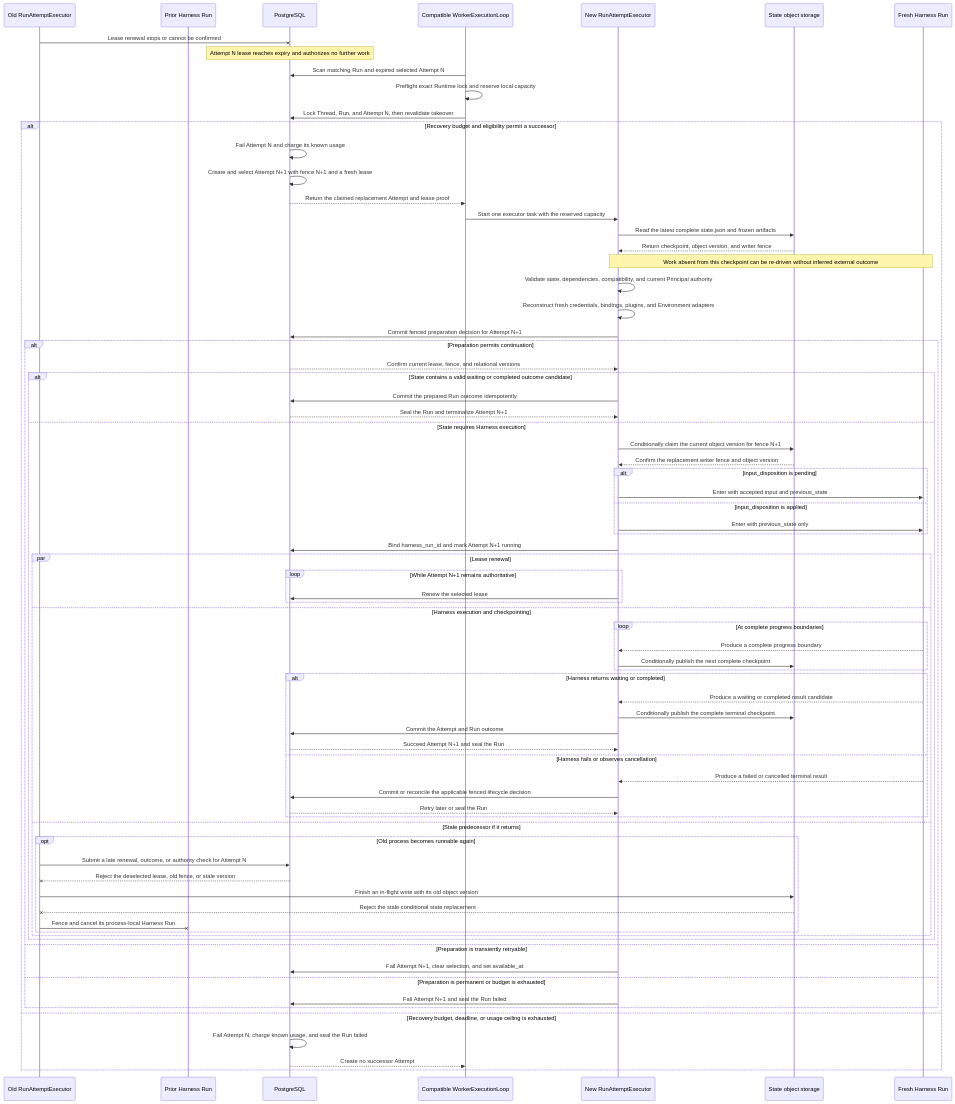
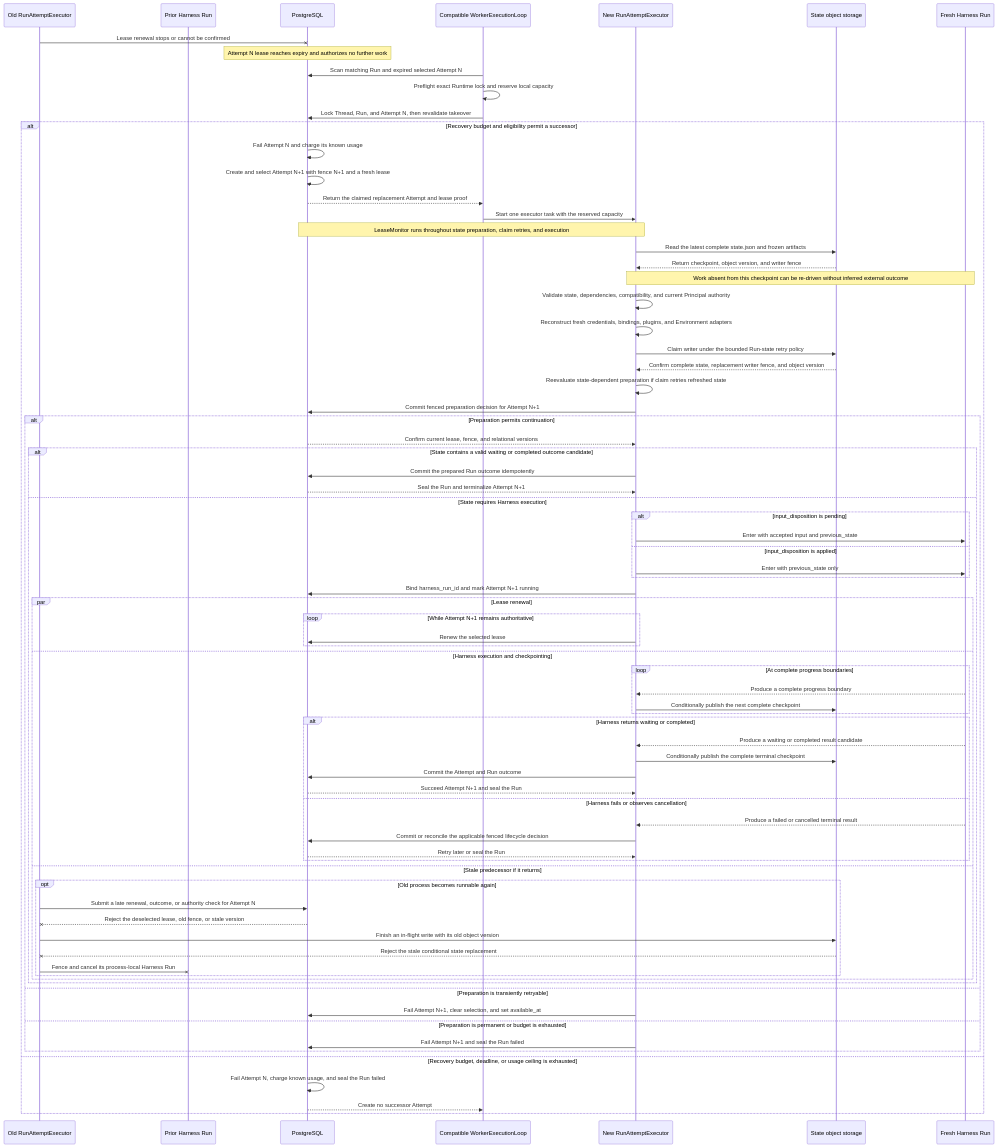
Before and after one commit to converge-ai-labs/agent-foundation: the third of 3 diagrams in spec/foundation-service/13-run-attempt-scheduling-and-recovery.md, drawn with Mermaid. The commit also changed other lines of this file and 9 other files, not shown here.

````diff
--- a/spec/foundation-service/13-run-attempt-scheduling-and-recovery.md
+++ b/spec/foundation-service/13-run-attempt-scheduling-and-recovery.md
@@ -278,79 +280,81 @@
 ```mermaid
 sequenceDiagram
     participant Old as Old RunAttemptExecutor
     participant OldHarness as Prior Harness Run
     participant DB as PostgreSQL
     participant Claimant as Compatible WorkerExecutionLoop
     participant New as New RunAttemptExecutor
     participant Objects as State object storage
     participant Harness as Fresh Harness Run
 
     Old-xDB: Lease renewal stops or cannot be confirmed
     Note over DB: Attempt N lease reaches expiry and authorizes no further work
     Claimant->>DB: Scan matching Run and expired selected Attempt N
     Claimant->>Claimant: Preflight exact Runtime lock and reserve local capacity
     Claimant->>DB: Lock Thread, Run, and Attempt N, then revalidate takeover
     alt Recovery budget and eligibility permit a successor
         DB->>DB: Fail Attempt N and charge its known usage
         DB->>DB: Create and select Attempt N+1 with fence N+1 and a fresh lease
         DB-->>Claimant: Return the claimed replacement Attempt and lease proof
         Claimant->>New: Start one executor task with the reserved capacity
+        Note over New,DB: LeaseMonitor runs throughout state preparation, claim retries, and execution
         New->>Objects: Read the latest complete state.json and frozen artifacts
         Objects-->>New: Return checkpoint, object version, and writer fence
         Note over New,Harness: Work absent from this checkpoint can be re-driven without inferred external outcome
         New->>New: Validate state, dependencies, compatibility, and current Principal authority
         New->>New: Reconstruct fresh credentials, bindings, plugins, and Environment adapters
+        New->>Objects: Claim writer under the bounded Run-state retry policy
+        Objects-->>New: Confirm complete state, replacement writer fence, and object version
+        New->>New: Reevaluate state-dependent preparation if claim retries refreshed state
         New->>DB: Commit fenced preparation decision for Attempt N+1
         alt Preparation permits continuation
             DB-->>New: Confirm current lease, fence, and relational versions
             alt State contains a valid waiting or completed outcome candidate
                 New->>DB: Commit the prepared Run outcome idempotently
                 DB-->>New: Seal the Run and terminalize Attempt N+1
             else State requires Harness execution
-                New->>Objects: Conditionally claim the current object version for fence N+1
-                Objects-->>New: Confirm the replacement writer fence and object version
                 alt input_disposition is pending
                     New->>Harness: Enter with accepted input and previous_state
                 else input_disposition is applied
                     New->>Harness: Enter with previous_state only
                 end
                 New->>DB: Bind harness_run_id and mark Attempt N+1 running
                 par Lease renewal
                     loop While Attempt N+1 remains authoritative
                         New->>DB: Renew the selected lease
                     end
                 and Harness execution and checkpointing
                     loop At complete progress boundaries
                         Harness-->>New: Produce a complete progress boundary
                         New->>Objects: Conditionally publish the next complete checkpoint
                     end
                     alt Harness returns waiting or completed
                         Harness-->>New: Produce a waiting or completed result candidate
                         New->>Objects: Conditionally publish the complete terminal checkpoint
                         New->>DB: Commit the Attempt and Run outcome
                         DB-->>New: Succeed Attempt N+1 and seal the Run
                     else Harness fails or observes cancellation
                         Harness-->>New: Produce a failed or cancelled terminal result
                         New->>DB: Commit or reconcile the applicable fenced lifecycle decision
                         DB-->>New: Retry later or seal the Run
                     end
                 and Stale predecessor if it returns
                     opt Old process becomes runnable again
                         Old->>DB: Submit a late renewal, outcome, or authority check for Attempt N
                         DB--xOld: Reject the deselected lease, old fence, or stale version
                         Old->>Objects: Finish an in-flight write with its old object version
                         Objects--xOld: Reject the stale conditional state replacement
                         Old-xOldHarness: Fence and cancel its process-local Harness Run
                     end
                 end
             end
         else Preparation is transiently retryable
             New->>DB: Fail Attempt N+1, clear selection, and set available_at
         else Preparation is permanent or budget is exhausted
             New->>DB: Fail Attempt N+1 and seal the Run failed
         end
     else Recovery budget, deadline, or usage ceiling is exhausted
         DB->>DB: Fail Attempt N, charge known usage, and seal the Run failed
         DB-->>Claimant: Create no successor Attempt
     end
 ```
````
